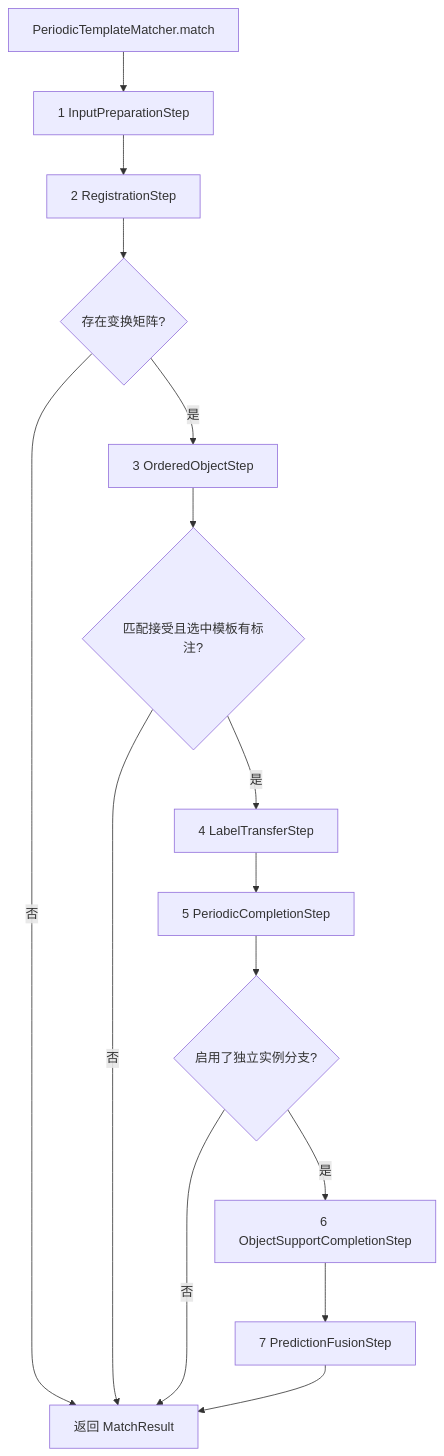
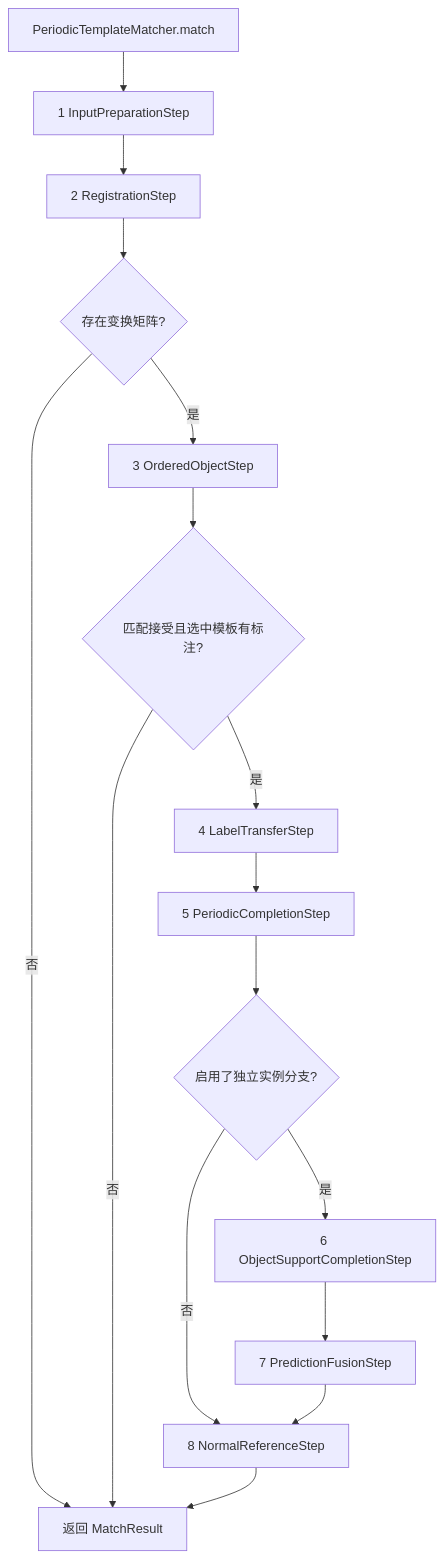
One commit to babywakeup/code_judge changed the diagram in periodic_template_matcher/ARCHITECTURE.md. Above: the diagram before and after it, drawn with Mermaid. The commit also changed other lines of this file and 52 other files, not shown here.

````diff
--- a/periodic_template_matcher/ARCHITECTURE.md
+++ b/periodic_template_matcher/ARCHITECTURE.md
@@ -59,17 +60,18 @@
 ```mermaid
 flowchart TD
     API[PeriodicTemplateMatcher.match] --> Prepare[1 InputPreparationStep]
     Prepare --> Register[2 RegistrationStep]
     Register --> Geometry{存在变换矩阵?}
     Geometry -- 否 --> Return[返回 MatchResult]
     Geometry -- 是 --> Objects[3 OrderedObjectStep]
     Objects --> Accepted{匹配接受且选中模板有标注?}
     Accepted -- 否 --> Return
     Accepted -- 是 --> Transfer[4 LabelTransferStep]
     Transfer --> Periodic[5 PeriodicCompletionStep]
     Periodic --> Located{启用了独立实例分支?}
-    Located -- 否 --> Return
+    Located -- 否 --> Reference[8 NormalReferenceStep]
     Located -- 是 --> Support[6 ObjectSupportCompletionStep]
     Support --> Fusion[7 PredictionFusionStep]
-    Fusion --> Return
+    Fusion --> Reference
+    Reference --> Return
 ```
````
